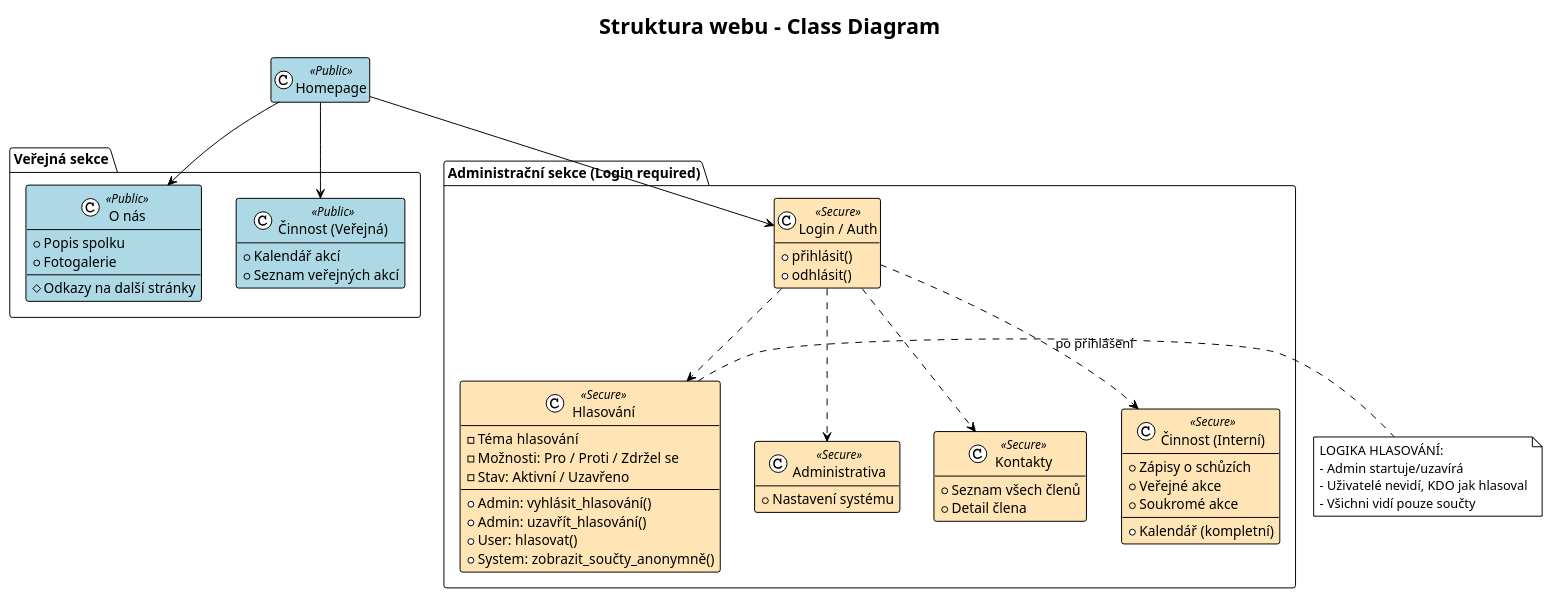
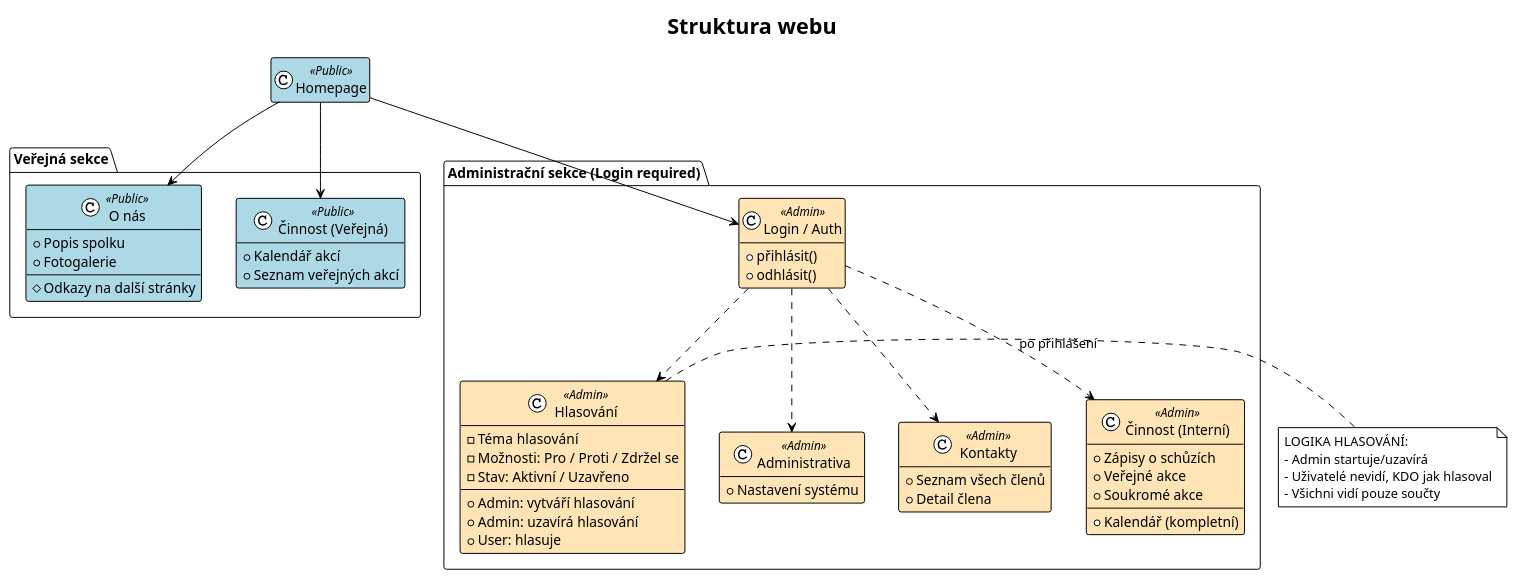
Before and after one commit to jacky32/slovjani: the diagram in docs/diagrams/sitemap.plantuml, drawn with PlantUML. The commit also changed 1 other file, not shown here.

```diff
--- a/docs/diagrams/sitemap.plantuml
+++ b/docs/diagrams/sitemap.plantuml
@@ -1,85 +1,84 @@
 @startuml "Sitemap Diagram"
 !theme plain
 hide empty members
 
 ' Definice stylů pro přehlednost
 skinparam class {
     BackgroundColor<<Public>> LightBlue
-    BackgroundColor<<Secure>> Moccasin
+    BackgroundColor<<Admin>> Moccasin
     BorderColor Black
 }
 
-title Struktura webu - Class Diagram
+title Struktura webu
 
 ' Hlavní rozcestník
 class "Homepage" as Home <<Public>>
 
 ' --- VEŘEJNÁ SEKCE ---
 package "Veřejná sekce" {
     class "O nás" as Onas <<Public>> {
         + Popis spolku
         + Fotogalerie
         --
         # Odkazy na další stránky
     }
 
     class "Činnost (Veřejná)" as CinnostPub <<Public>> {
         + Kalendář akcí
         + Seznam veřejných akcí
     }
 }
 
 ' --- ADMINISTRAČNÍ SEKCE ---
 package "Administrační sekce (Login required)" {
-    class "Login / Auth" as Login <<Secure>> {
+    class "Login / Auth" as Login <<Admin>> {
         + přihlásit()
         + odhlásit()
     }
 
-    class "Administrativa" as AdminPage <<Secure>> {
+    class "Administrativa" as AdminPage <<Admin>> {
         + Nastavení systému
     }
 
-    class "Kontakty" as Kontakty <<Secure>> {
+    class "Kontakty" as Kontakty <<Admin>> {
         + Seznam všech členů
         + Detail člena
     }
 
-    class "Činnost (Interní)" as CinnostPriv <<Secure>> {
+    class "Činnost (Interní)" as CinnostPriv <<Admin>> {
         + Zápisy o schůzích
         + Kalendář (kompletní)
         + Veřejné akce
         + Soukromé akce
     }
 
-    class "Hlasování" as Hlasovani <<Secure>> {
+    class "Hlasování" as Hlasovani <<Admin>> {
         - Téma hlasování
         - Možnosti: Pro / Proti / Zdržel se
         - Stav: Aktivní / Uzavřeno
         --
-        + Admin: vyhlásit_hlasování()
-        + Admin: uzavřít_hlasování()
-        + User: hlasovat()
-        + System: zobrazit_součty_anonymně()
+        + Admin: vytváří hlasování
+        + Admin: uzavírá hlasování
+        + User: hlasuje
     }
 }
 
 ' Vztahy a navigace
 Home --> Onas
 Home --> CinnostPub
 Home --> Login
 
 Login ..> CinnostPriv : po přihlášení
 Login ..> Hlasovani
 Login ..> Kontakty
 Login ..> AdminPage
 
 ' Poznámky pro vysvětlení logiky
 note right of Hlasovani
   LOGIKA HLASOVÁNÍ:
   - Admin startuje/uzavírá
   - Uživatelé nevidí, KDO jak hlasoval
   - Všichni vidí pouze součty
 end note
 
 @enduml
```
